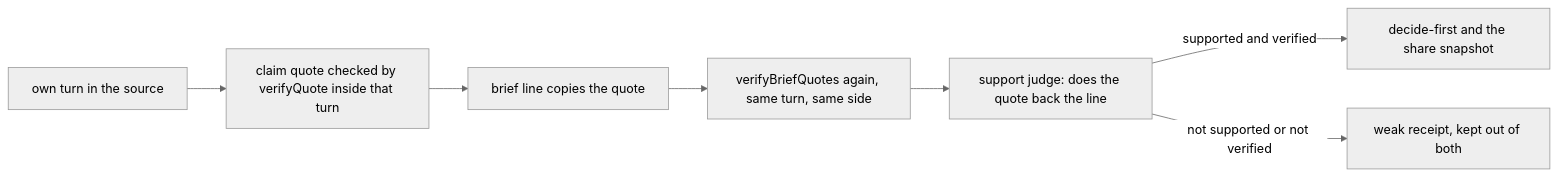
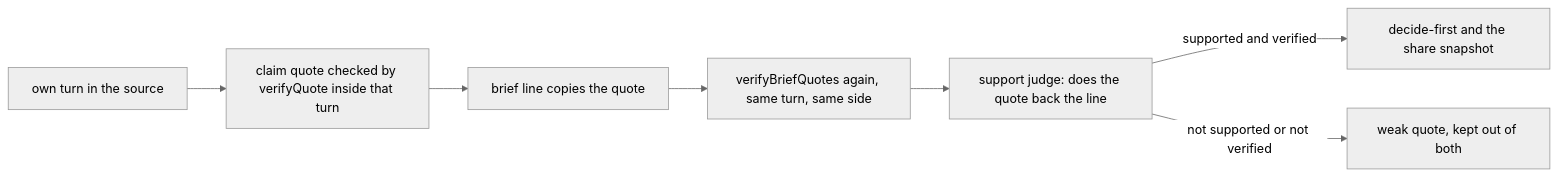
One commit to Ambar-13/Meta-hackathon changed the second of 2 diagrams in docs/architecture/SAFETY.md. Above: the diagram before and after it, drawn with Mermaid (neutral theme). The commit also changed other lines of this file and 57 other files, not shown here.

````diff
--- a/docs/architecture/SAFETY.md
+++ b/docs/architecture/SAFETY.md
@@ -100,9 +100,9 @@
 ```mermaid
 flowchart LR
   S[own turn in the source] --> C[claim quote checked by verifyQuote inside that turn]
   C --> B[brief line copies the quote]
   B --> V[verifyBriefQuotes again, same turn, same side]
   V --> J[support judge: does the quote back the line]
   J -->|supported and verified| D[decide-first and the share snapshot]
-  J -->|not supported or not verified| K[weak receipt, kept out of both]
+  J -->|not supported or not verified| K[weak quote, kept out of both]
 ```
````
